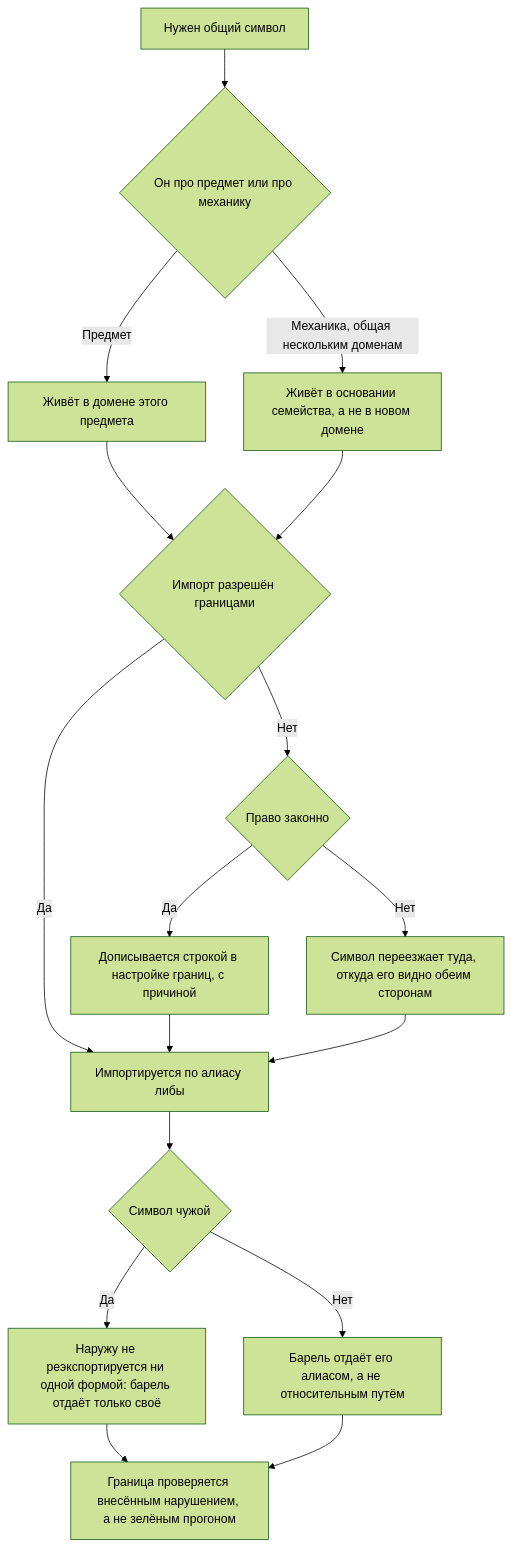
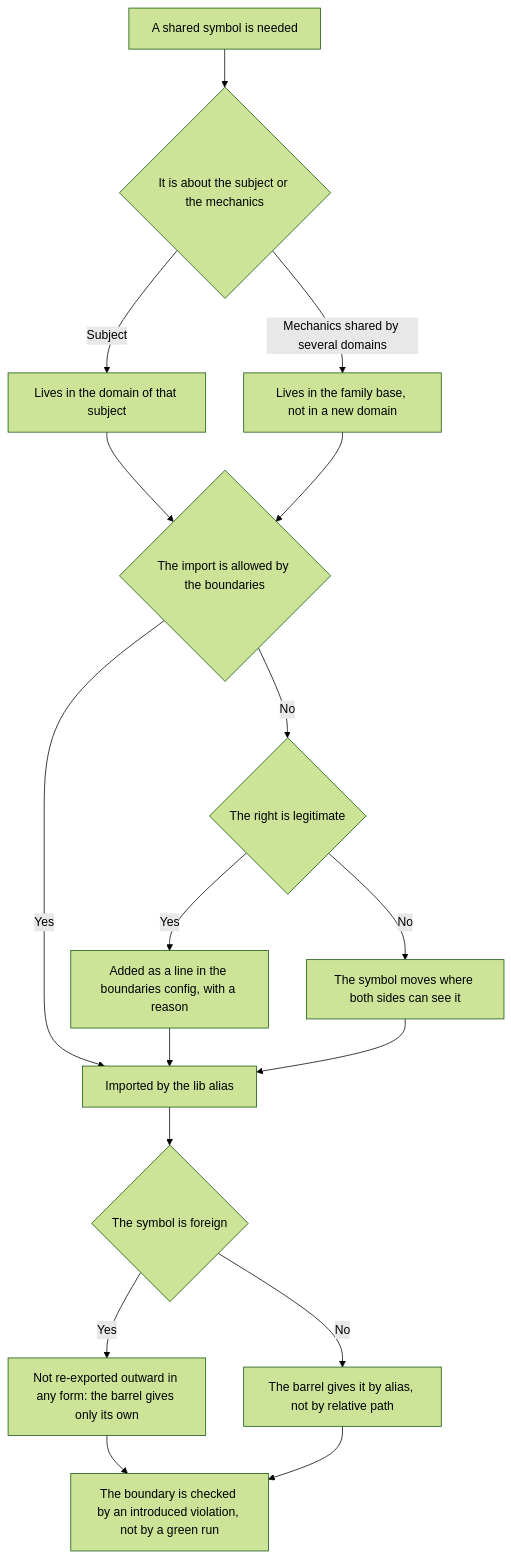
The diagram in .claude/skills/lib-layers/SKILL.md (Eyhenij/rt-tools), drawn with Mermaid (forest theme) before and after one commit. The commit also changed other lines of this file and 71 other files, not shown here.

````diff
--- a/.claude/skills/lib-layers/SKILL.md
+++ b/.claude/skills/lib-layers/SKILL.md
@@ -40,19 +40,19 @@
 ```mermaid
 flowchart TD
-    A[Нужен общий символ] --> B{Он про предмет или про механику}
-    B -->|Предмет| C[Живёт в домене этого предмета]
-    B -->|Механика, общая нескольким доменам| D[Живёт в основании семейства, а не в новом домене]
-    C --> E{Импорт разрешён границами}
+    A[A shared symbol is needed] --> B{It is about the subject or the mechanics}
+    B -->|Subject| C[Lives in the domain of that subject]
+    B -->|Mechanics shared by several domains| D[Lives in the family base, not in a new domain]
+    C --> E{The import is allowed by the boundaries}
     D --> E
-    E -->|Да| F[Импортируется по алиасу либы]
-    E -->|Нет| G{Право законно}
-    G -->|Да| H[Дописывается строкой в настройке границ, с причиной]
-    G -->|Нет| I[Символ переезжает туда, откуда его видно обеим сторонам]
+    E -->|Yes| F[Imported by the lib alias]
+    E -->|No| G{The right is legitimate}
+    G -->|Yes| H[Added as a line in the boundaries config, with a reason]
+    G -->|No| I[The symbol moves where both sides can see it]
     H --> F
     I --> F
-    F --> J{Символ чужой}
-    J -->|Да| K[Наружу не реэкспортируется ни одной формой: барель отдаёт только своё]
-    J -->|Нет| L[Барель отдаёт его алиасом, а не относительным путём]
-    K --> M[Граница проверяется внесённым нарушением, а не зелёным прогоном]
+    F --> J{The symbol is foreign}
+    J -->|Yes| K[Not re-exported outward in any form: the barrel gives only its own]
+    J -->|No| L[The barrel gives it by alias, not by relative path]
+    K --> M[The boundary is checked by an introduced violation, not by a green run]
     L --> M
 ```
````
